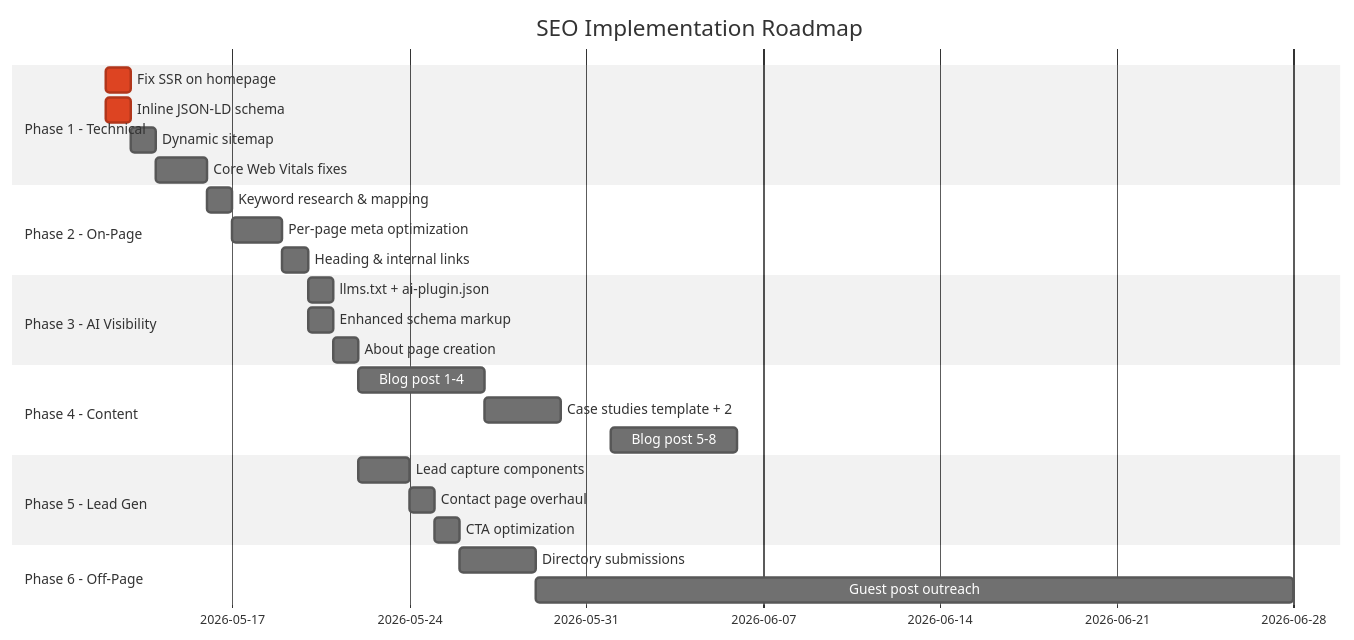
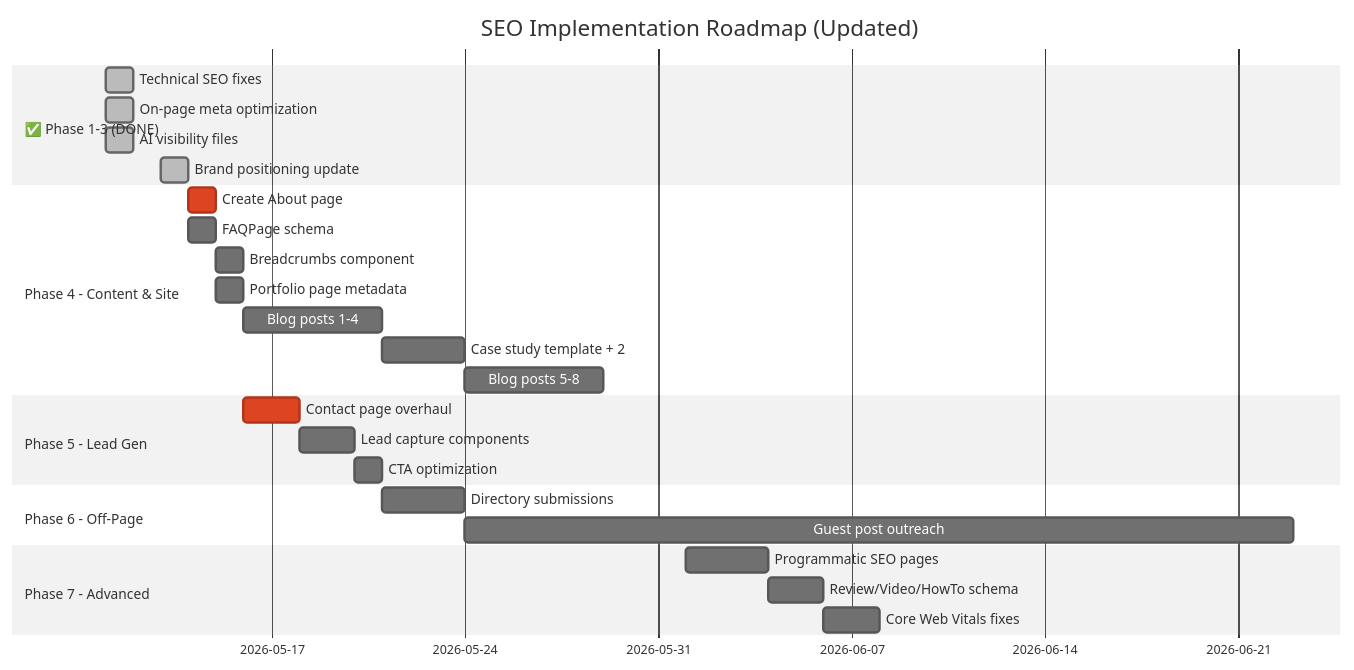
The diagram in seo_plan.md (uipiratedev/uipirate), drawn with Mermaid (neutral theme) before and after one commit. The commit also changed other lines of this file and 6 other files, not shown here.

Commit message:
feat: add SEO-optimized pages for Our Works, About, and FAQs, implement dynamic sitemap generation, and update SEO strategy.

````diff
--- a/seo_plan.md
+++ b/seo_plan.md
@@ -365,29 +336,29 @@
 ```mermaid
 gantt
-    title SEO Implementation Roadmap
+    title SEO Implementation Roadmap (Updated)
     dateFormat  YYYY-MM-DD
-    section Phase 1 - Technical
-    Fix SSR on homepage           :crit, p1a, 2026-05-12, 1d
-    Inline JSON-LD schema         :crit, p1b, 2026-05-12, 1d
-    Dynamic sitemap               :p1c, 2026-05-13, 1d
-    Core Web Vitals fixes         :p1d, 2026-05-14, 2d
-    section Phase 2 - On-Page
-    Keyword research & mapping    :p2a, 2026-05-16, 1d
-    Per-page meta optimization    :p2b, 2026-05-17, 2d
-    Heading & internal links      :p2c, 2026-05-19, 1d
-    section Phase 3 - AI Visibility
-    llms.txt + ai-plugin.json     :p3a, 2026-05-20, 1d
-    Enhanced schema markup        :p3b, 2026-05-20, 1d
-    About page creation           :p3c, 2026-05-21, 1d
-    section Phase 4 - Content
-    Blog post 1-4                 :p4a, 2026-05-22, 5d
-    Case studies template + 2     :p4b, 2026-05-27, 3d
-    Blog post 5-8                 :p4c, 2026-06-01, 5d
+    section ✅ Phase 1-3 (DONE)
+    Technical SEO fixes         :done, p1, 2026-05-11, 1d
+    On-page meta optimization   :done, p2, 2026-05-11, 1d
+    AI visibility files         :done, p3, 2026-05-11, 1d
+    Brand positioning update    :done, p4, 2026-05-13, 1d
+    section Phase 4 - Content & Site
+    Create About page           :crit, p4a, 2026-05-14, 1d
+    FAQPage schema              :p4b, 2026-05-14, 1d
+    Breadcrumbs component       :p4c, 2026-05-15, 1d
+    Portfolio page metadata     :p4d, 2026-05-15, 1d
+    Blog posts 1-4              :p4e, 2026-05-16, 5d
+    Case study template + 2     :p4f, 2026-05-21, 3d
+    Blog posts 5-8              :p4g, 2026-05-24, 5d
     section Phase 5 - Lead Gen
-    Lead capture components       :p5a, 2026-05-22, 2d
-    Contact page overhaul         :p5b, 2026-05-24, 1d
-    CTA optimization              :p5c, 2026-05-25, 1d
+    Contact page overhaul       :crit, p5a, 2026-05-16, 2d
+    Lead capture components     :p5b, 2026-05-18, 2d
+    CTA optimization            :p5c, 2026-05-20, 1d
     section Phase 6 - Off-Page
-    Directory submissions         :p6a, 2026-05-26, 3d
-    Guest post outreach           :p6b, 2026-05-29, 30d
+    Directory submissions       :p6a, 2026-05-21, 3d
+    Guest post outreach         :p6b, 2026-05-24, 30d
+    section Phase 7 - Advanced
+    Programmatic SEO pages      :p7a, 2026-06-01, 3d
+    Review/Video/HowTo schema   :p7b, 2026-06-04, 2d
+    Core Web Vitals fixes       :p7c, 2026-06-06, 2d
 ```
````
